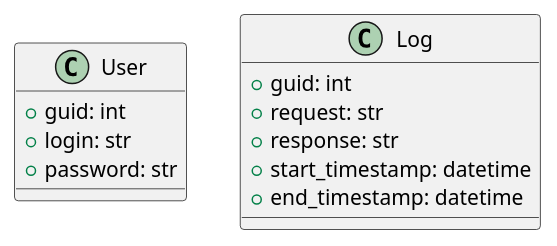
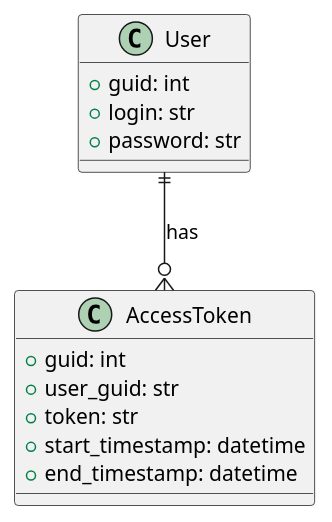
One commit to disk0Dancer/hse-se-paps changed the fourth of 4 diagrams in LabWork3/docs/README.md. Above: the diagram before and after it, drawn with PlantUML.

Commit message:
chore(lab3): upd db schema

````diff
--- a/LabWork3/docs/README.md
+++ b/LabWork3/docs/README.md
@@ -197,17 +197,19 @@
 ```plantuml
 @startuml
     
 class User {
     + guid: int
     + login: str
     + password: str
 }
 
-class Log {
+class AccessToken {
     + guid: int
-    + request: str
-    + response: str
+    + user_guid: str
+    + token: str
     + start_timestamp: datetime
     + end_timestamp: datetime
 }
+
+User ||--o{ AccessToken : has
 ```
````
